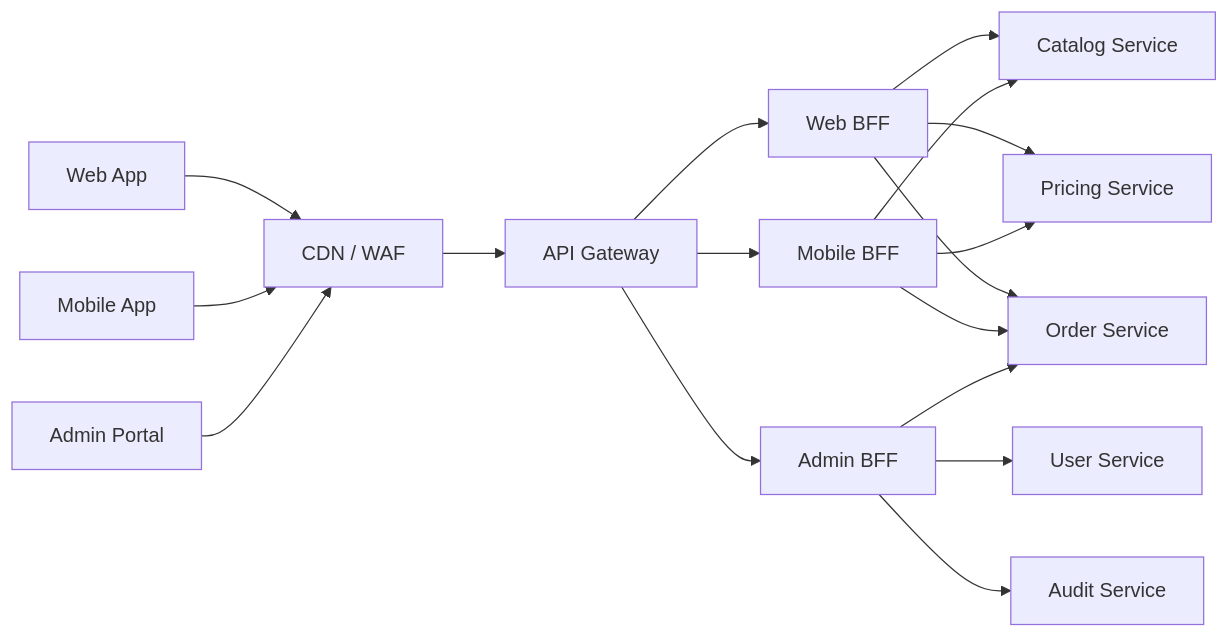
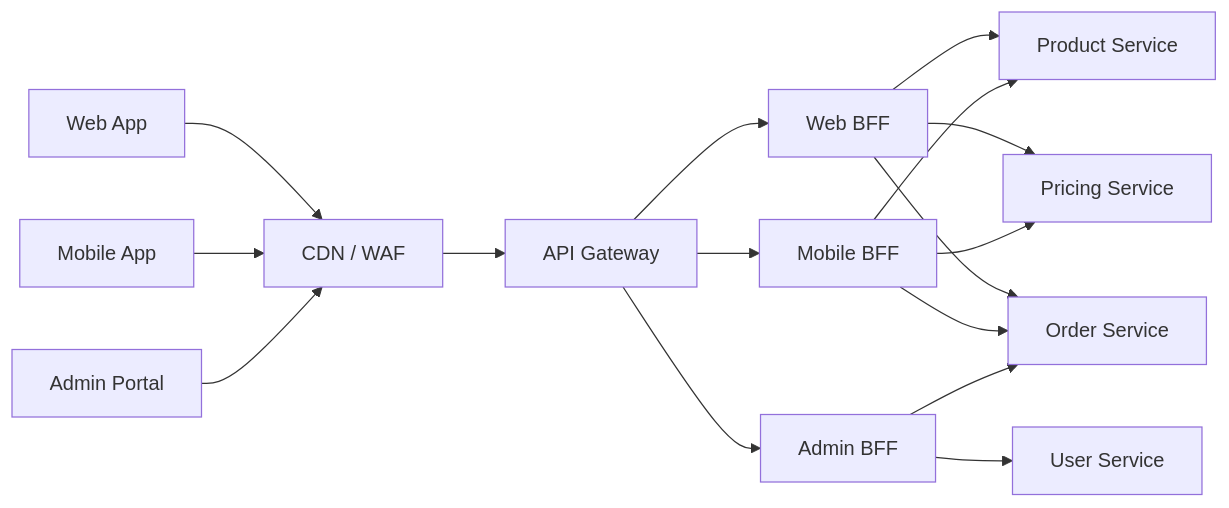
The fifth of 10 diagrams in src/content/system-design/api-gateway.md (AvadhBhalodiya/Interview-Preparation), drawn with Mermaid before and after one commit. The commit also changed other lines of this file and 54 other files, not shown here.

````diff
--- a/src/content/system-design/api-gateway.md
+++ b/src/content/system-design/api-gateway.md
@@ -332,24 +389,23 @@
 ```mermaid
 flowchart LR
-    WEB[Web App] --> CDN[CDN / WAF]
-    MOBILE[Mobile App] --> CDN
-    ADMIN[Admin Portal] --> CDN
+    WEB[Web App] --> EDGE[CDN / WAF]
+    MOBILE[Mobile App] --> EDGE
+    ADMIN[Admin Portal] --> EDGE
 
-    CDN --> GW[API Gateway]
+    EDGE --> GW[API Gateway]
 
     GW --> WBFF[Web BFF]
     GW --> MBFF[Mobile BFF]
     GW --> ABFF[Admin BFF]
 
-    WBFF --> CATALOG[Catalog Service]
+    WBFF --> PRODUCT[Product Service]
     WBFF --> PRICE[Pricing Service]
     WBFF --> ORDER[Order Service]
 
-    MBFF --> CATALOG
+    MBFF --> PRODUCT
     MBFF --> PRICE
     MBFF --> ORDER
 
     ABFF --> ORDER
     ABFF --> USER[User Service]
-    ABFF --> AUDIT[Audit Service]
 ```
````
